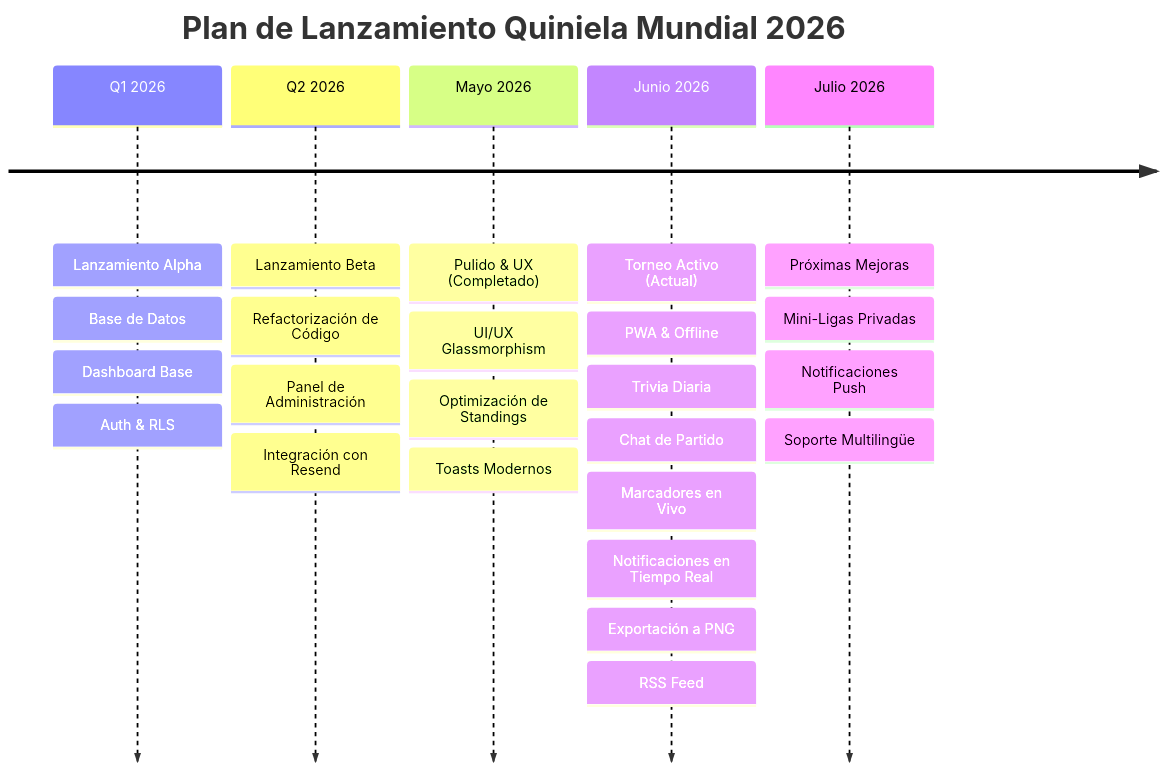
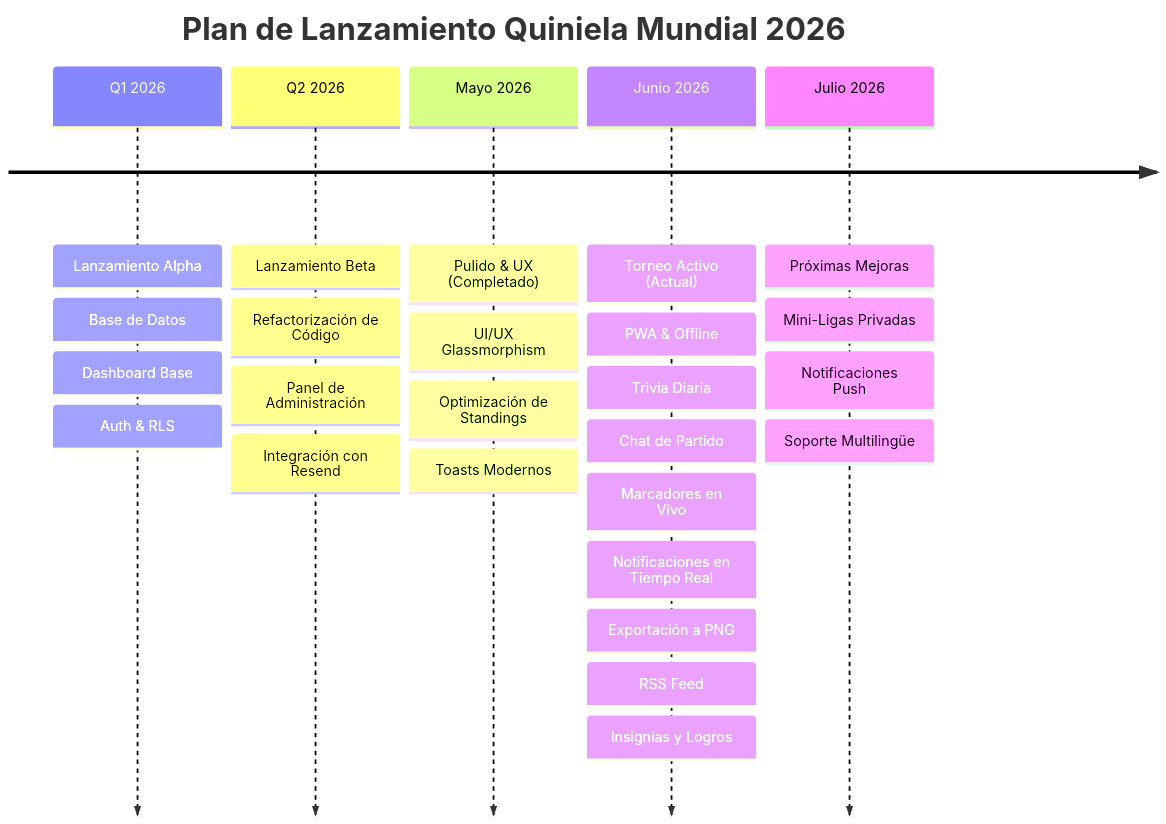
One commit to estebanzu/quiniela-del-mundial changed the diagram in roadmap.md. Above: the diagram before and after it, drawn with Mermaid. The commit also changed other lines of this file and 2 other files, not shown here.

````diff
--- a/roadmap.md
+++ b/roadmap.md
@@ -9,9 +9,9 @@
 ```mermaid
 timeline
     title Plan de Lanzamiento Quiniela Mundial 2026
     Q1 2026 : Lanzamiento Alpha : Base de Datos : Dashboard Base : Auth & RLS
     Q2 2026 : Lanzamiento Beta : Refactorización de Código : Panel de Administración : Integración con Resend
     Mayo 2026 : Pulido & UX (Completado) : UI/UX Glassmorphism : Optimización de Standings : Toasts Modernos
-    Junio 2026 : Torneo Activo (Actual) : PWA & Offline : Trivia Diaria : Chat de Partido : Marcadores en Vivo : Notificaciones en Tiempo Real : Exportación a PNG : RSS Feed
+    Junio 2026 : Torneo Activo (Actual) : PWA & Offline : Trivia Diaria : Chat de Partido : Marcadores en Vivo : Notificaciones en Tiempo Real : Exportación a PNG : RSS Feed : Insignias y Logros
     Julio 2026 : Próximas Mejoras : Mini-Ligas Privadas : Notificaciones Push : Soporte Multilingüe
 ```
````
